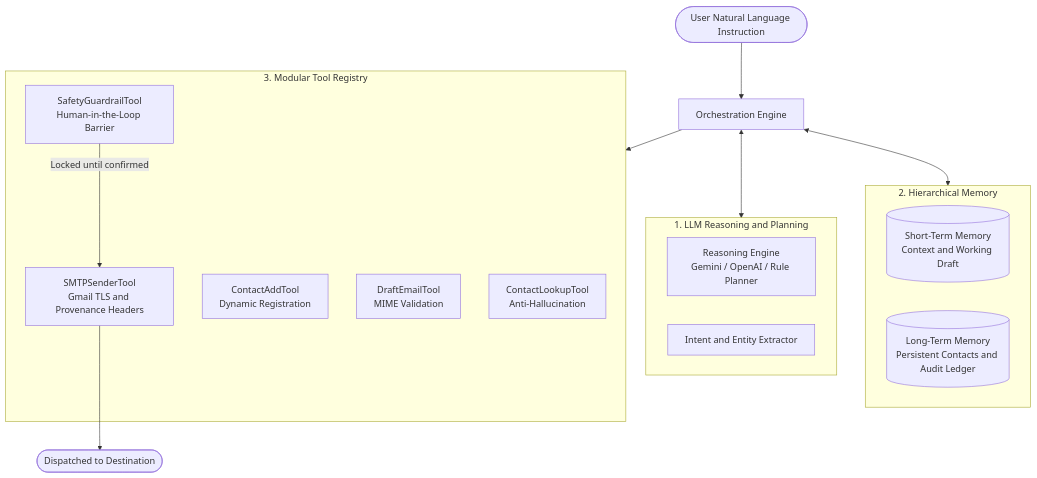
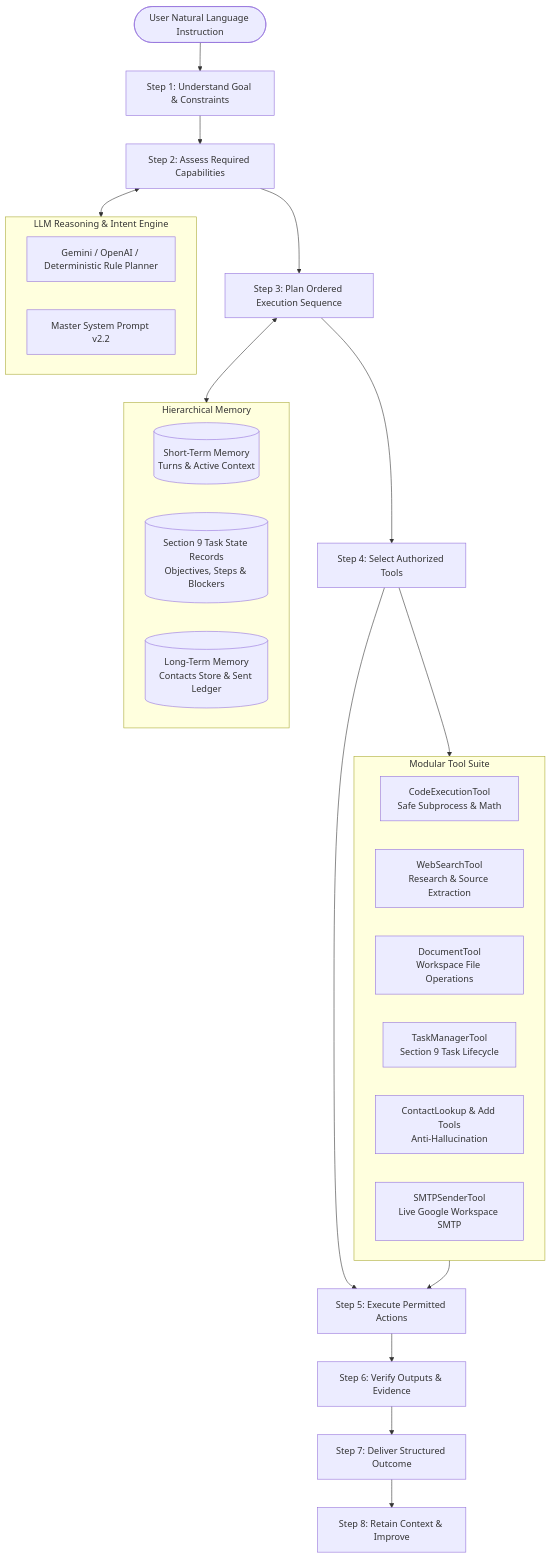
Before and after one commit to vanshjakhodia/AI-Agent: the diagram in README.md, drawn with Mermaid. The commit also changed other lines of this file and 19 other files, not shown here.

Commit message:
Upgrade to All-in-One Autonomous AI Agent with Master Prompt, 9 domains, Section 9 task state, and zero emojis

````diff
--- a/README.md
+++ b/README.md
@@ -23,28 +24,36 @@
 ```mermaid
 flowchart TD
-    User([User Natural Language Instruction]) --> Orch[Orchestration Engine]
+    User([User Natural Language Instruction]) --> Step1[Step 1: Understand Goal & Constraints]
+    Step1 --> Step2[Step 2: Assess Required Capabilities]
+    Step2 --> Step3[Step 3: Plan Ordered Execution Sequence]
+    Step3 --> Step4[Step 4: Select Authorized Tools]
+    Step4 --> Step5[Step 5: Execute Permitted Actions]
+    Step5 --> Step6[Step 6: Verify Outputs & Evidence]
+    Step6 --> Step7[Step 7: Deliver Structured Outcome]
+    Step7 --> Step8[Step 8: Retain Context & Improve]
 
-    subgraph LLM_Reasoning [1. LLM Reasoning and Planning]
-        LLM[Reasoning Engine<br/>Gemini / OpenAI / Rule Planner]
-        Parser[Intent and Entity Extractor]
+    subgraph LLM_Reasoning [LLM Reasoning & Intent Engine]
+        Planner[Gemini / OpenAI / Deterministic Rule Planner]
+        Prompt[Master System Prompt v2.2]
     end
 
-    subgraph Memory_System [2. Hierarchical Memory]
-        STM[(Short-Term Memory<br/>Context and Working Draft)]
-        LTM[(Long-Term Memory<br/>Persistent Contacts and Audit Ledger)]
+    subgraph Memory_System [Hierarchical Memory]
+        STM[(Short-Term Memory<br/>Turns & Active Context)]
+        TaskState[(Section 9 Task State Records<br/>Objectives, Steps & Blockers)]
+        LTM[(Long-Term Memory<br/>Contacts Store & Sent Ledger)]
     end
 
-    subgraph Tool_Suite [3. Modular Tool Registry]
-        LookupTool[ContactLookupTool<br/>Anti-Hallucination]
-        AddTool[ContactAddTool<br/>Dynamic Registration]
-        DraftTool[DraftEmailTool<br/>MIME Validation]
-        GuardrailTool[SafetyGuardrailTool<br/>Human-in-the-Loop Barrier]
-        SMTPTool[SMTPSenderTool<br/>Gmail TLS and Provenance Headers]
+    subgraph Tool_Suite [Modular Tool Suite]
+        CodeTool[CodeExecutionTool<br/>Safe Subprocess & Math]
+        WebTool[WebSearchTool<br/>Research & Source Extraction]
+        DocTool[DocumentTool<br/>Workspace File Operations]
+        TaskTool[TaskManagerTool<br/>Section 9 Task Lifecycle]
+        ContactTool[ContactLookup & Add Tools<br/>Anti-Hallucination]
+        SMTPTool[SMTPSenderTool<br/>Live Google Workspace SMTP]
     end
 
-    Orch <--> LLM_Reasoning
-    Orch <--> Memory_System
-    Orch --> Tool_Suite
-    GuardrailTool -->|Locked until confirmed| SMTPTool
-    SMTPTool --> Outbox([Dispatched to Destination])
+    Step2 <--> LLM_Reasoning
+    Step3 <--> Memory_System
+    Step4 --> Tool_Suite
+    Tool_Suite --> Step5
 ```
````
